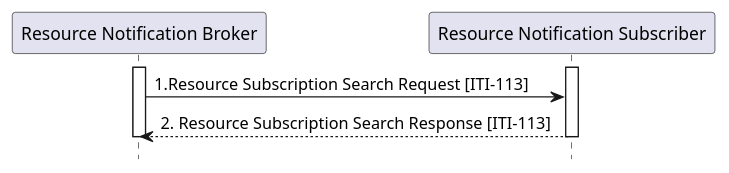
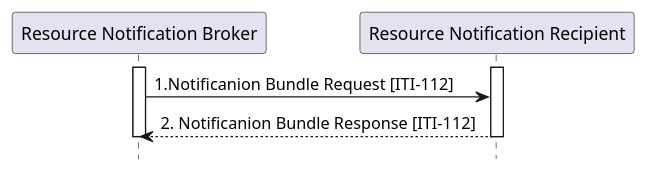
The diagram in input/images-source/ITI-112-Notification-seq.plantuml (IHE/ITI.DSUBm), drawn with PlantUML before and after one commit. The commit also changed 3 other files, not shown here.

```diff
--- a/input/images-source/ITI-112-Notification-seq.plantuml
+++ b/input/images-source/ITI-112-Notification-seq.plantuml
@@ -1,14 +1,14 @@
 @startuml
 hide footbox
 
 participant "Resource Notification Broker" as  Broker
-participant "Resource Notification Subscriber" as  Subscriber
+participant "Resource Notification Recipient" as  Recipient
 
 activate Broker
-activate Subscriber
-Broker -> Subscriber : 1.Resource Subscription Search Request [ITI-113]
-Subscriber --> Broker : 2. Resource Subscription Search Response [ITI-113]
-deactivate Subscriber
+activate Recipient
+Broker -> Recipient : 1.Notificanion Bundle Request [ITI-112]
+Recipient --> Broker : 2. Notificanion Bundle Response [ITI-112]
+deactivate Recipient
 deactivate Broker
 
 @enduml
```
